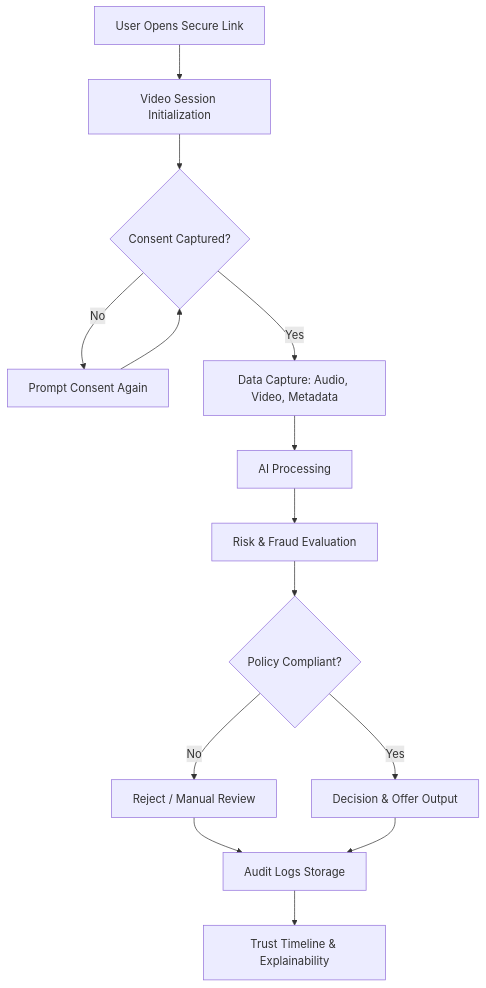
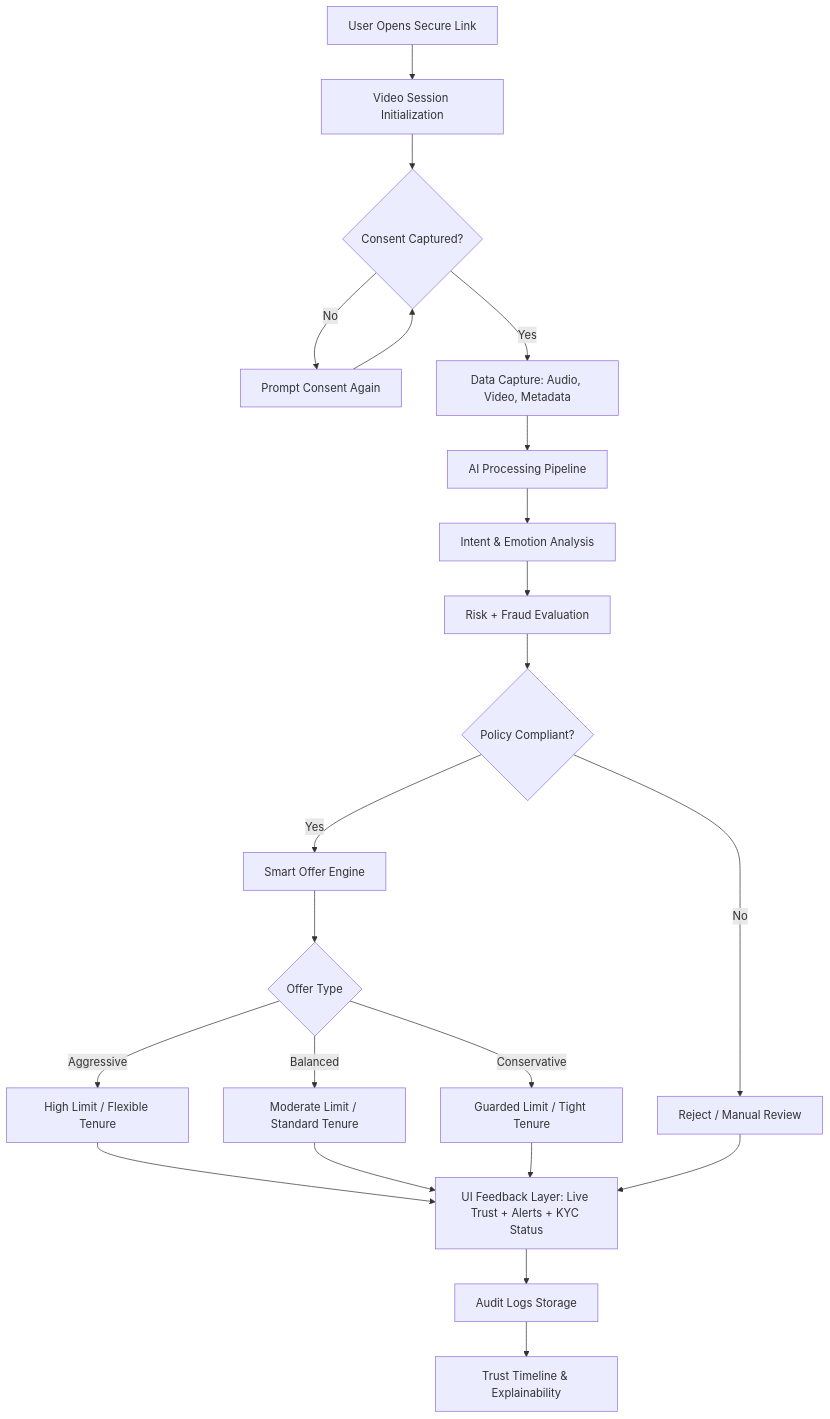
One commit to Chanu716/TrustLens-AI changed the first of 5 diagrams in docs/PRD.md. Above: the diagram before and after it, drawn with Mermaid. The commit also changed other lines of this file and 1 other file, not shown here.

First line of the commit message:
Enhance PRD and README with intent-emotion, dynamic offers, and UI intelligence

````diff
--- a/docs/PRD.md
+++ b/docs/PRD.md
@@ -152,16 +203,24 @@
 ```mermaid
 flowchart TD
     U[User Opens Secure Link] --> V[Video Session Initialization]
     V --> C{Consent Captured?}
     C -- No --> C1[Prompt Consent Again]
     C1 --> C
     C -- Yes --> D[Data Capture: Audio, Video, Metadata]
-    D --> A[AI Processing]
-    A --> R[Risk & Fraud Evaluation]
-    R --> P{Policy Compliant?}
+    D --> A[AI Processing Pipeline]
+    A --> IE[Intent & Emotion Analysis]
+    IE --> RF[Risk + Fraud Evaluation]
+    RF --> P{Policy Compliant?}
     P -- No --> O1[Reject / Manual Review]
-    P -- Yes --> O2[Decision & Offer Output]
-    O1 --> L[Audit Logs Storage]
-    O2 --> L[Audit Logs Storage]
+    P -- Yes --> SO[Smart Offer Engine]
+    SO --> OT{Offer Type}
+    OT -- Aggressive --> O2[High Limit / Flexible Tenure]
+    OT -- Balanced --> O3[Moderate Limit / Standard Tenure]
+    OT -- Conservative --> O4[Guarded Limit / Tight Tenure]
+    O2 --> UI[UI Feedback Layer: Live Trust + Alerts + KYC Status]
+    O3 --> UI
+    O4 --> UI
+    O1 --> UI
+    UI --> L[Audit Logs Storage]
     L --> T[Trust Timeline & Explainability]
 ```
````
